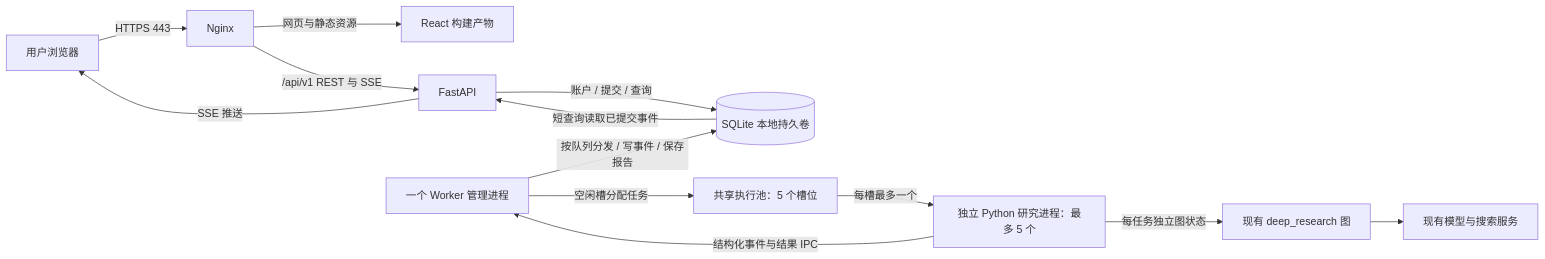
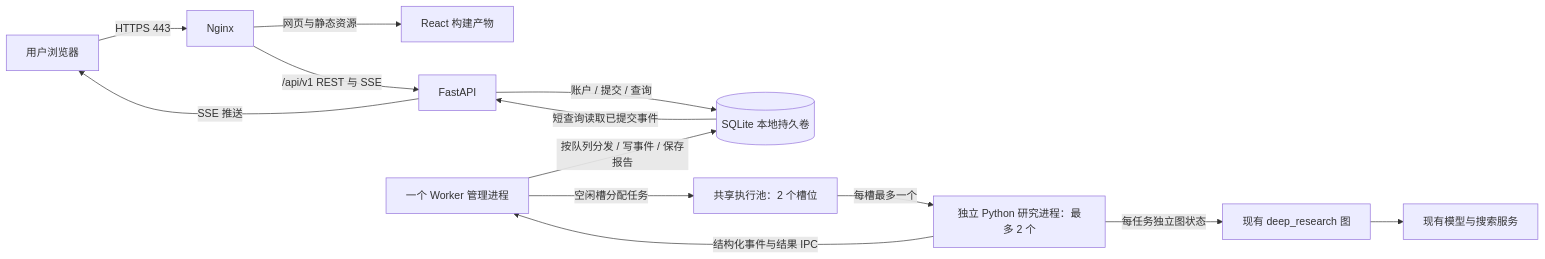
One commit to mste-1/TTDF-DeepResearch changed the first of 2 diagrams in docs/design/wenli-web-architecture.md. Above: the diagram before and after it, drawn with Mermaid. The commit also changed other lines of this file and 8 other files, not shown here.

````diff
--- a/docs/design/wenli-web-architecture.md
+++ b/docs/design/wenli-web-architecture.md
@@ -101,15 +103,15 @@
 ```mermaid
 flowchart LR
     U[用户浏览器] -->|HTTPS 443| N[Nginx]
     N -->|网页与静态资源| F[React 构建产物]
     N -->|/api/v1 REST 与 SSE| A[FastAPI]
     A -->|账户 / 提交 / 查询| D[(SQLite 本地持久卷)]
     W[一个 Worker 管理进程] -->|按队列分发 / 写事件 / 保存报告| D
-    W -->|空闲槽分配任务| P[共享执行池：5 个槽位]
-    P -->|每槽最多一个| R[独立 Python 研究进程：最多 5 个]
+    W -->|空闲槽分配任务| P[共享执行池：2 个槽位]
+    P -->|每槽最多一个| R[独立 Python 研究进程：最多 2 个]
     R -->|每任务独立图状态| G[现有 deep_research 图]
     G --> M[现有模型与搜索服务]
     R -->|结构化事件与结果 IPC| W
     D -->|短查询读取已提交事件| A
     A -->|SSE 推送| U
 ```
````
